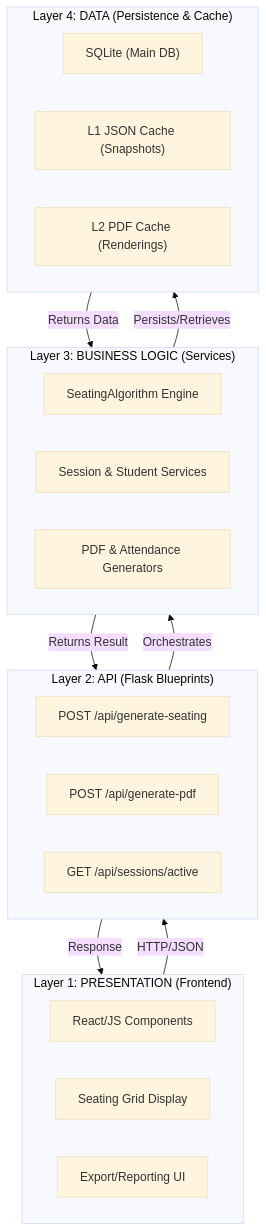
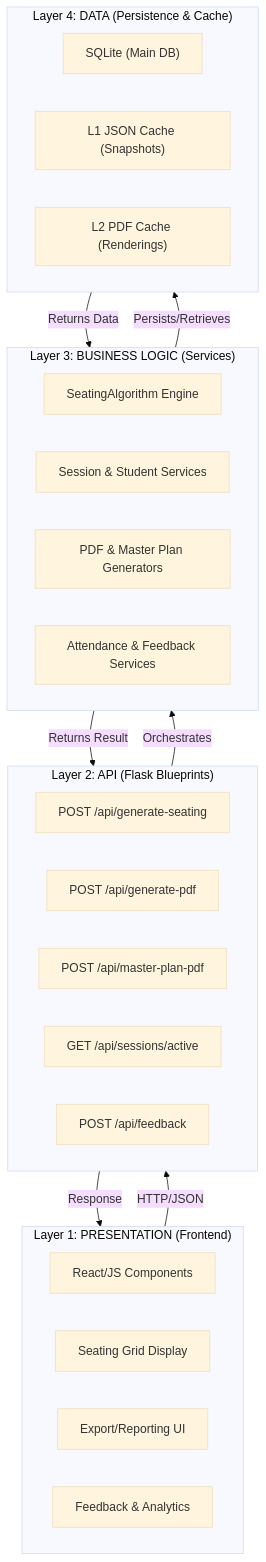
Before and after one commit to Harshit7623/seat-allocation-sys: the first of 4 diagrams in Details/SYSTEM_ARCHITECTURE.md, drawn with Mermaid (base theme). The commit also changed other lines of this file and 18 other files, not shown here.

````diff
--- a/Details/SYSTEM_ARCHITECTURE.md
+++ b/Details/SYSTEM_ARCHITECTURE.md
@@ -9,33 +11,37 @@
 ```mermaid
 graph TB
     subgraph Layer1["Layer 1: PRESENTATION (Frontend)"]
         HTML["React/JS Components"]
         GRID["Seating Grid Display"]
         PDF_BTN["Export/Reporting UI"]
+        FEEDBACK["Feedback & Analytics"]
     end
     
     subgraph Layer2["Layer 2: API (Flask Blueprints)"]
         A1["POST /api/generate-seating"]
         A2["POST /api/generate-pdf"]
-        A3["GET /api/sessions/active"]
+        A3["POST /api/master-plan-pdf"]
+        A4["GET /api/sessions/active"]
+        A5["POST /api/feedback"]
     end
     
     subgraph Layer3["Layer 3: BUSINESS LOGIC (Services)"]
         B1["SeatingAlgorithm Engine"]
         B2["Session & Student Services"]
-        B3["PDF & Attendance Generators"]
+        B3["PDF & Master Plan Generators"]
+        B4["Attendance & Feedback Services"]
     end
     
     subgraph Layer4["Layer 4: DATA (Persistence & Cache)"]
         D1["SQLite (Main DB)"]
         D2["L1 JSON Cache (Snapshots)"]
         D3["L2 PDF Cache (Renderings)"]
     end
     
     Layer1 -->|HTTP/JSON| Layer2
     Layer2 -->|Orchestrates| Layer3
     Layer3 -->|Persists/Retrieves| Layer4
     Layer4 -->|Returns Data| Layer3
     Layer3 -->|Returns Result| Layer2
     Layer2 -->|Response| Layer1
 ```
````
